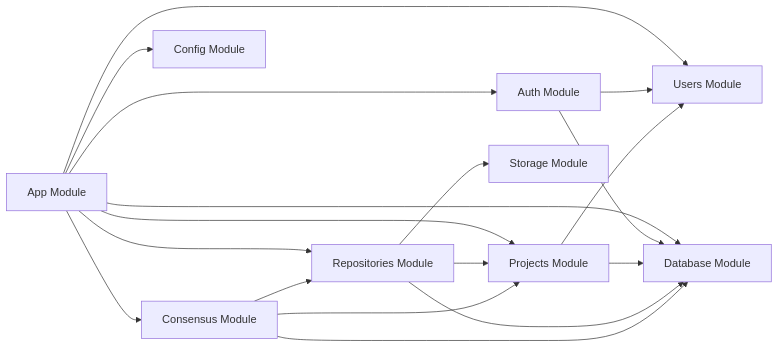
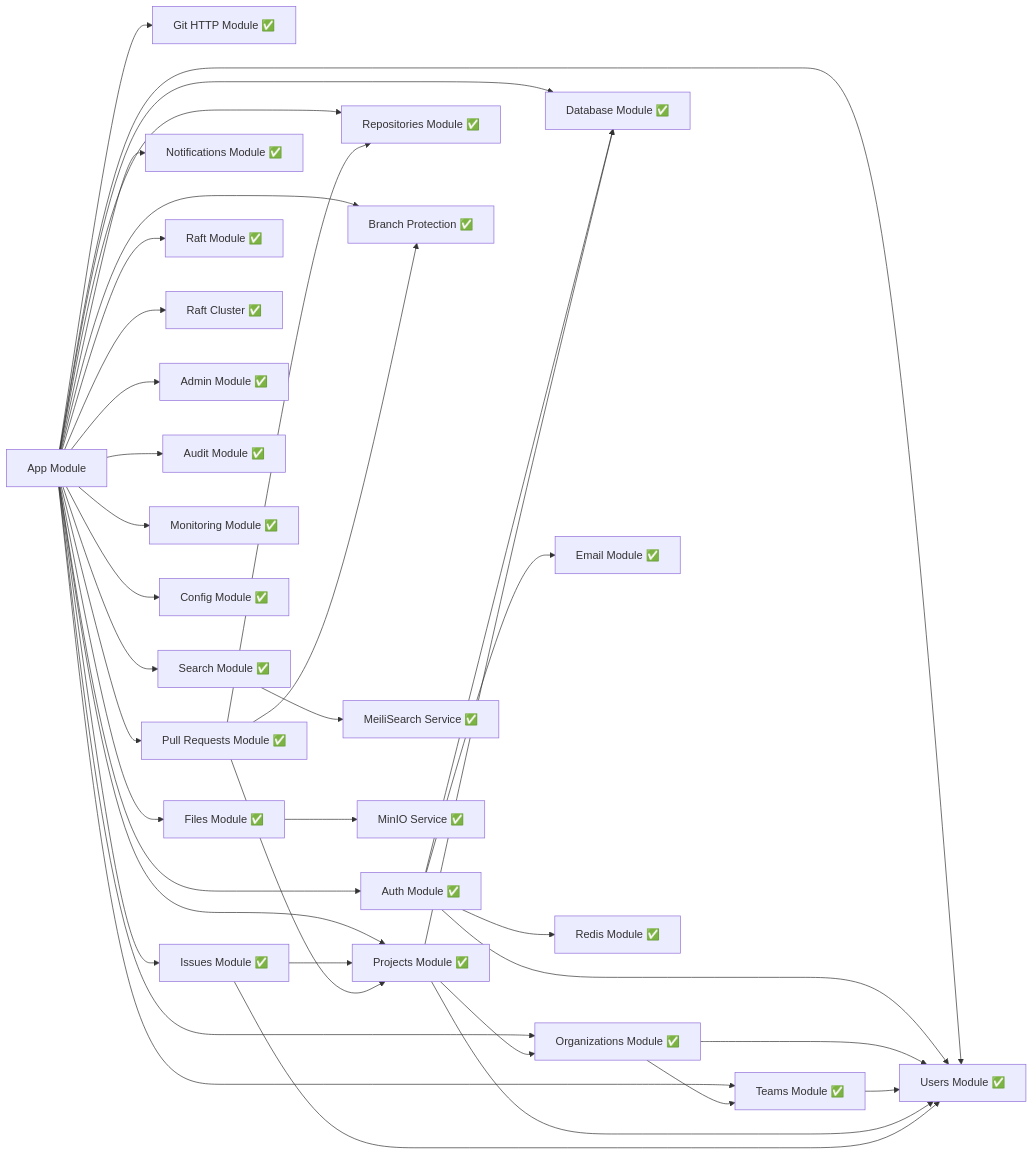
One commit to CPU-JIA/Flotilla changed the fourth of 17 diagrams in docs/架构设计文档.md. Above: the diagram before and after it, drawn with Mermaid. The commit also changed other lines of this file and 35 other files, not shown here.

````diff
--- a/docs/架构设计文档.md
+++ b/docs/架构设计文档.md
@@ -440,26 +451,50 @@
 ```mermaid
 graph LR
     AppModule[App Module]
 
-    AppModule --> AuthModule[Auth Module]
-    AppModule --> UsersModule[Users Module]
-    AppModule --> ProjectsModule[Projects Module]
-    AppModule --> RepositoriesModule[Repositories Module]
-    AppModule --> ConsensusModule[Consensus Module]
-    AppModule --> DatabaseModule[Database Module]
-    AppModule --> ConfigModule[Config Module]
+    AppModule --> AuthModule[Auth Module ✅]
+    AppModule --> UsersModule[Users Module ✅]
+    AppModule --> OrganizationsModule[Organizations Module ✅]
+    AppModule --> TeamsModule[Teams Module ✅]
+    AppModule --> ProjectsModule[Projects Module ✅]
+    AppModule --> RepositoriesModule[Repositories Module ✅]
+    AppModule --> GitModule[Git HTTP Module ✅]
+    AppModule --> IssuesModule[Issues Module ✅]
+    AppModule --> PullRequestsModule[Pull Requests Module ✅]
+    AppModule --> BranchProtectionModule[Branch Protection ✅]
+    AppModule --> SearchModule[Search Module ✅]
+    AppModule --> NotificationsModule[Notifications Module ✅]
+    AppModule --> FilesModule[Files Module ✅]
+    AppModule --> RaftModule[Raft Module ✅]
+    AppModule --> RaftClusterModule[Raft Cluster ✅]
+    AppModule --> AdminModule[Admin Module ✅]
+    AppModule --> AuditModule[Audit Module ✅]
+    AppModule --> MonitoringModule[Monitoring Module ✅]
+    AppModule --> DatabaseModule[Database Module ✅]
+    AppModule --> ConfigModule[Config Module ✅]
 
     AuthModule --> UsersModule
     AuthModule --> DatabaseModule
+    AuthModule --> EmailModule[Email Module ✅]
+    AuthModule --> RedisModule[Redis Module ✅]
+
+    OrganizationsModule --> UsersModule
+    OrganizationsModule --> TeamsModule
+
+    TeamsModule --> UsersModule
 
     ProjectsModule --> UsersModule
+    ProjectsModule --> OrganizationsModule
     ProjectsModule --> DatabaseModule
 
-    RepositoriesModule --> ProjectsModule
-    RepositoriesModule --> DatabaseModule
-    RepositoriesModule --> StorageModule[Storage Module]
+    IssuesModule --> ProjectsModule
+    IssuesModule --> UsersModule
 
-    ConsensusModule --> DatabaseModule
-    ConsensusModule --> ProjectsModule
-    ConsensusModule --> RepositoriesModule
+    PullRequestsModule --> ProjectsModule
+    PullRequestsModule --> RepositoriesModule
+    PullRequestsModule --> BranchProtectionModule
+
+    SearchModule --> MeiliSearchModule[MeiliSearch Service ✅]
+
+    FilesModule --> MinIOModule[MinIO Service ✅]
 ```
````
